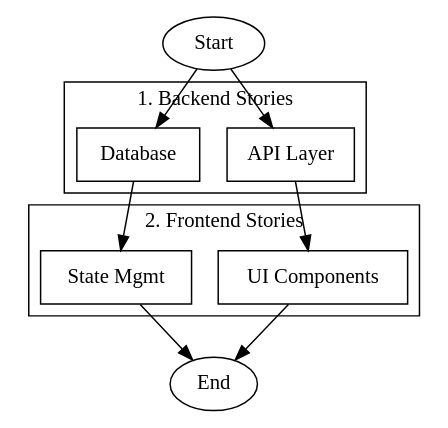
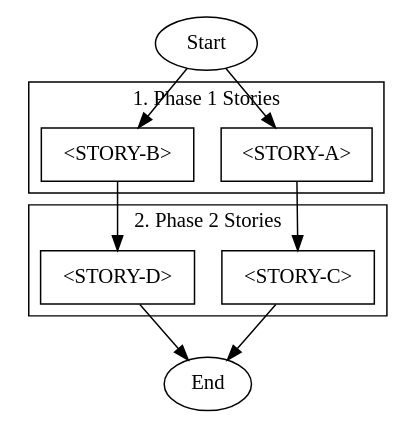
The fifth of 15 diagrams in docs/llm-prompts/DOT_WORKFLOW_ORCHESTRATION_LLM_GUIDE.md (fabceolin/the_edge_agent), drawn with Graphviz before and after one commit. The commit also changed other lines of this file and 8 other files, not shown here.

````diff
--- a/docs/llm-prompts/DOT_WORKFLOW_ORCHESTRATION_LLM_GUIDE.md
+++ b/docs/llm-prompts/DOT_WORKFLOW_ORCHESTRATION_LLM_GUIDE.md
@@ -152,33 +202,33 @@
 ```dot
 digraph parallel_phases {
     rankdir=TB;
     node [shape=box];
 
     Start [label="Start", shape=ellipse];
     End [label="End", shape=ellipse];
 
-    subgraph cluster_backend {
-        label="1. Backend Stories";
-        api [label="API Layer", command="tea-python run examples/workflows/bmad-story-development.yaml --input '{\"arg\": \"docs/stories/API-001.md\"}'"];
-        db [label="Database", command="tea-python run examples/workflows/bmad-story-development.yaml --input '{\"arg\": \"docs/stories/DB-001.md\"}'"];
+    subgraph cluster_phase1 {
+        label="1. Phase 1 Stories";
+        story_a [label="<STORY-A>", command="tea-python run <WORKFLOW_PATH> --input-timeout 54000 --input '{\"arg\": \"<STORIES_PATH>/<STORY-A-FILE>.md\"}'"];
+        story_b [label="<STORY-B>", command="tea-python run <WORKFLOW_PATH> --input-timeout 54000 --input '{\"arg\": \"<STORIES_PATH>/<STORY-B-FILE>.md\"}'"];
     }
 
-    subgraph cluster_frontend {
-        label="2. Frontend Stories";
-        ui [label="UI Components", command="tea-python run examples/workflows/bmad-story-development.yaml --input '{\"arg\": \"docs/stories/UI-001.md\"}'"];
-        state [label="State Mgmt", command="tea-python run examples/workflows/bmad-story-development.yaml --input '{\"arg\": \"docs/stories/STATE-001.md\"}'"];
+    subgraph cluster_phase2 {
+        label="2. Phase 2 Stories";
+        story_c [label="<STORY-C>", command="tea-python run <WORKFLOW_PATH> --input-timeout 54000 --input '{\"arg\": \"<STORIES_PATH>/<STORY-C-FILE>.md\"}'"];
+        story_d [label="<STORY-D>", command="tea-python run <WORKFLOW_PATH> --input-timeout 54000 --input '{\"arg\": \"<STORIES_PATH>/<STORY-D-FILE>.md\"}'"];
     }
 
-    // Phase 1: api and db run in parallel
-    Start -> api;
-    Start -> db;
+    // Phase 1: story_a and story_b run in parallel
+    Start -> story_a;
+    Start -> story_b;
 
-    // Phase 2: ui and state run in parallel (after phase 1)
-    api -> ui;
-    db -> state;
+    // Phase 2: story_c and story_d run in parallel (after phase 1)
+    story_a -> story_c;
+    story_b -> story_d;
 
     // End after phase 2
-    ui -> End;
-    state -> End;
+    story_c -> End;
+    story_d -> End;
 }
 ```
````
